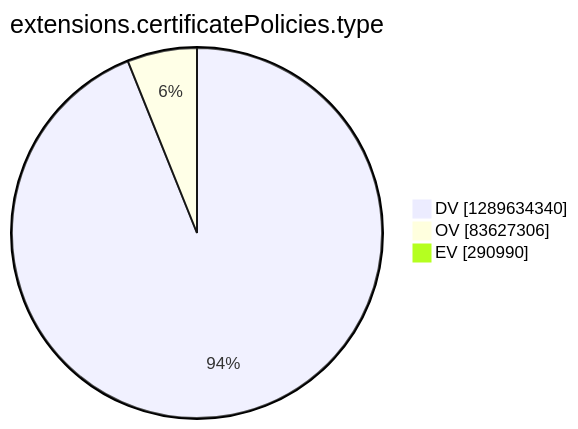
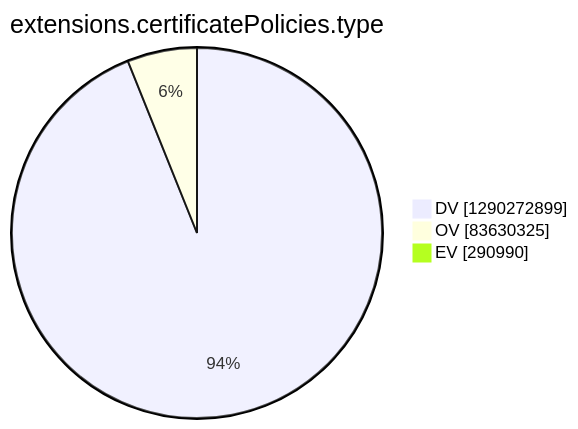
The tenth of 15 diagrams in argon2022/README.md (christiankrug/ctmonitor_visualization), drawn with Mermaid before and after one commit. The commit also changed other lines of this file, not shown here.

````diff
--- a/argon2022/README.md
+++ b/argon2022/README.md
@@ -2771,7 +2771,7 @@
 ```mermaid
 pie showData
 title extensions.certificatePolicies.type
-"DV" :1289634340
-"OV" :83627306
+"DV" :1290272899
+"OV" :83630325
 "EV" :290990
 ```
````
